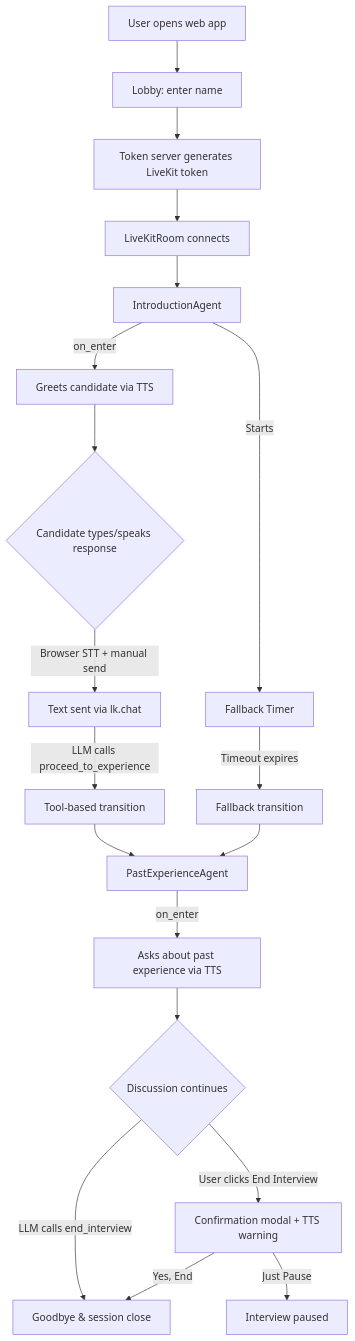
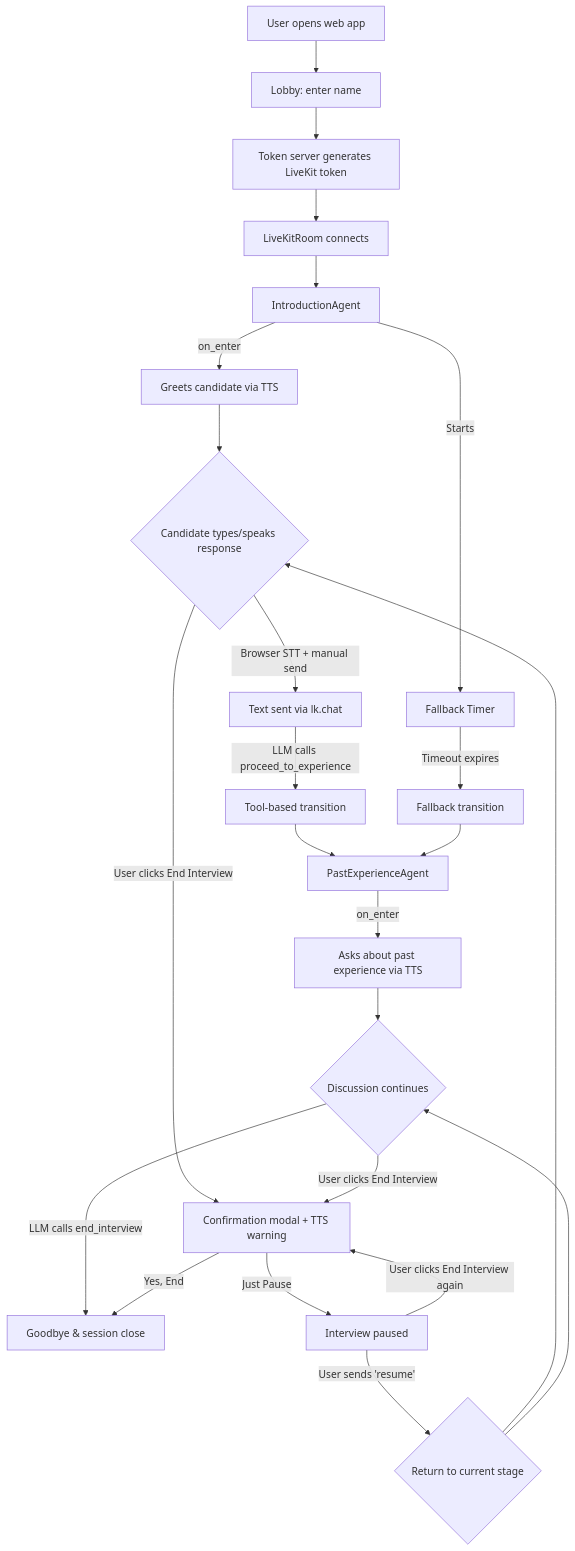
One commit to anhtranst/moc_interview_demo changed the first of 3 diagrams in README.md. Above: the diagram before and after it, drawn with Mermaid.

Commit message:
docs(README.md): Update flow diagram to show End Interview available at any stage
The README mermaid diagram previously only showed the End Interview
button as an option from the PastExperienceAgent discussion. Updated
to reflect the actual behavior:

- End Interview can be triggered during either interview stage
  (introduction or past experience)
- "Just Pause" enters a paused state with resume back to current stage
- From paused state, user can re-open End Interview to confirm ending
- "Yes, End" bypasses remaining stages and wraps up immediately

````diff
--- a/README.md
+++ b/README.md
@@ -20,21 +20,27 @@
 ```mermaid
 flowchart TD
     A[User opens web app] --> B[Lobby: enter name]
     B --> C[Token server generates LiveKit token]
     C --> D[LiveKitRoom connects]
     D --> E[IntroductionAgent]
     E -->|on_enter| F[Greets candidate via TTS]
     E -->|Starts| G[Fallback Timer]
     F --> H{Candidate types/speaks response}
     H -->|Browser STT + manual send| I[Text sent via lk.chat]
     I -->|LLM calls proceed_to_experience| J[Tool-based transition]
     G -->|Timeout expires| K[Fallback transition]
     J --> L[PastExperienceAgent]
     K --> L
     L -->|on_enter| M[Asks about past experience via TTS]
     M --> N{Discussion continues}
     N -->|LLM calls end_interview| O[Goodbye & session close]
-    N -->|User clicks End Interview| P[Confirmation modal + TTS warning]
+
+    H -->|User clicks End Interview| P[Confirmation modal + TTS warning]
+    N -->|User clicks End Interview| P
     P -->|Just Pause| Q[Interview paused]
     P -->|Yes, End| O
+    Q -->|User sends 'resume'| R{Return to current stage}
+    R --> H
+    R --> N
+    Q -->|User clicks End Interview again| P
 ```
````
